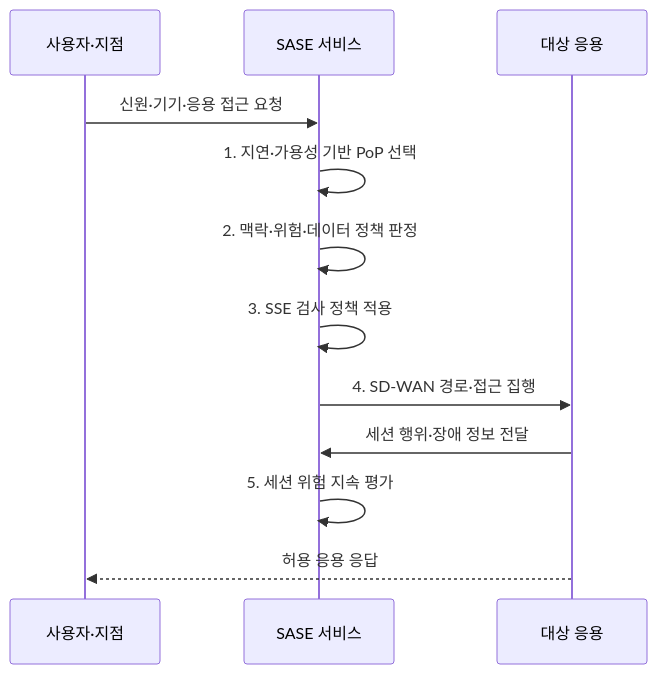
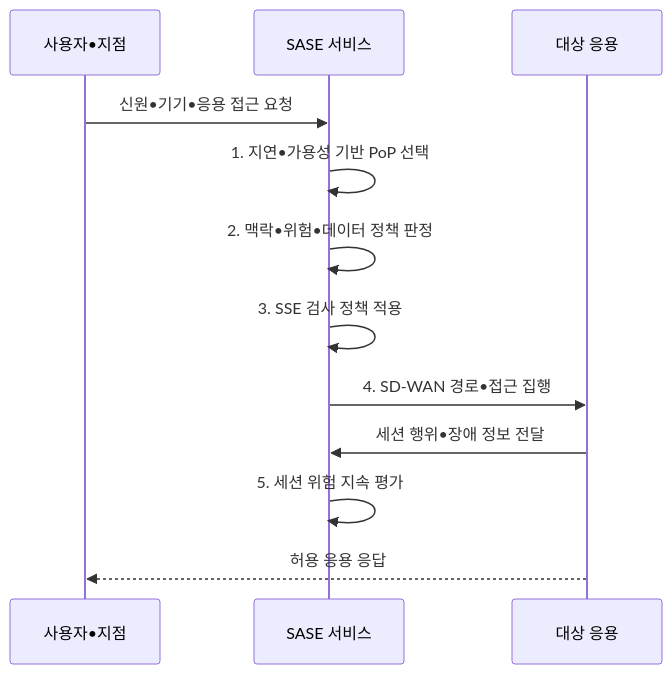
The second of 2 diagrams in src/content/docs/notes/05-security/141_sase_architecture.md (agnusdei1207/knowledge-base), drawn with Mermaid before and after one commit. The commit also changed other lines of this file and 953 other files, not shown here.

````diff
--- a/src/content/docs/notes/05-security/141_sase_architecture.md
+++ b/src/content/docs/notes/05-security/141_sase_architecture.md
@@ -100,14 +100,14 @@
 ```mermaid
 sequenceDiagram
-  participant U as 사용자·지점
+  participant U as 사용자•지점
   participant S as SASE 서비스
   participant A as 대상 응용
-  U->>S: 신원·기기·응용 접근 요청
-  S->>S: 1. 지연·가용성 기반 PoP 선택
-  S->>S: 2. 맥락·위험·데이터 정책 판정
+  U->>S: 신원•기기•응용 접근 요청
+  S->>S: 1. 지연•가용성 기반 PoP 선택
+  S->>S: 2. 맥락•위험•데이터 정책 판정
   S->>S: 3. SSE 검사 정책 적용
-  S->>A: 4. SD-WAN 경로·접근 집행
-  A->>S: 세션 행위·장애 정보 전달
+  S->>A: 4. SD-WAN 경로•접근 집행
+  A->>S: 세션 행위•장애 정보 전달
   S->>S: 5. 세션 위험 지속 평가
   A-->>U: 허용 응용 응답
 ```
````
